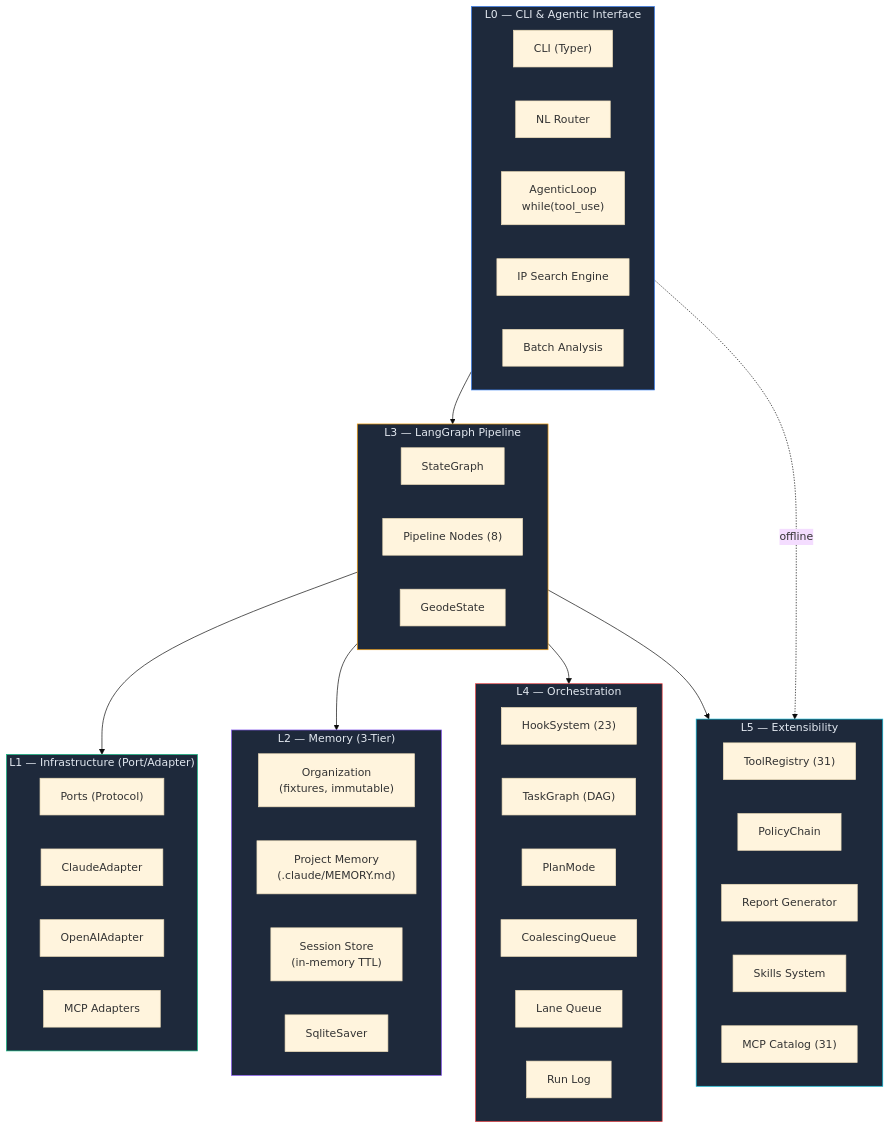
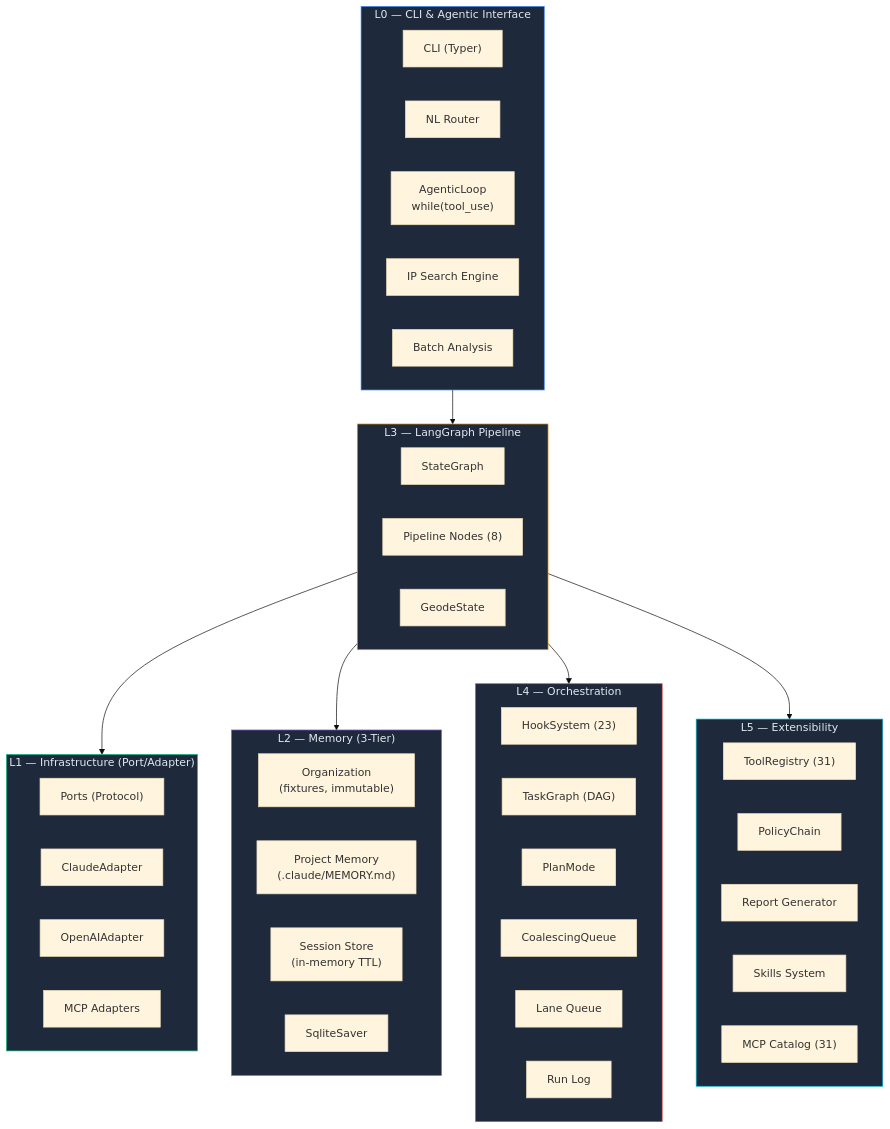
One commit to mangowhoiscloud/geode changed the first of 12 diagrams in README.md. Above: the diagram before and after it, drawn with Mermaid (base theme). The commit also changed other lines of this file and 9 other files, not shown here.

````diff
--- a/README.md
+++ b/README.md
@@ -53,62 +53,60 @@
 ```mermaid
 graph TB
     subgraph L0["L0 — CLI & Agentic Interface"]
         CLI["CLI (Typer)"]
         NLR["NL Router"]
         AL["AgenticLoop<br/>while(tool_use)"]
         Search["IP Search Engine"]
         Batch["Batch Analysis"]
     end
 
     subgraph L1["L1 — Infrastructure (Port/Adapter)"]
         direction LR
         Ports["Ports (Protocol)"]
         Claude["ClaudeAdapter"]
         OpenAI["OpenAIAdapter"]
         MCP["MCP Adapters"]
     end
 
     subgraph L2["L2 — Memory (3-Tier)"]
         Org["Organization<br/>(fixtures, immutable)"]
         Project["Project Memory<br/>(.claude/MEMORY.md)"]
         Session["Session Store<br/>(in-memory TTL)"]
         Checkpoint["SqliteSaver"]
     end
 
     subgraph L3["L3 — LangGraph Pipeline"]
         Graph["StateGraph"]
         Nodes["Pipeline Nodes (8)"]
         State["GeodeState"]
     end
 
     subgraph L4["L4 — Orchestration"]
         Hooks["HookSystem (23)"]
         Tasks["TaskGraph (DAG)"]
         Plan["PlanMode"]
         Coal["CoalescingQueue"]
         Lanes["Lane Queue"]
         RunLog["Run Log"]
     end
 
     subgraph L5["L5 — Extensibility"]
         Tools["ToolRegistry (31)"]
         Policy["PolicyChain"]
         Reports["Report Generator"]
         Skills["Skills System"]
         MCPCat["MCP Catalog (31)"]
     end
 
     L0 --> L3
     L3 --> L1
     L3 --> L2
     L3 --> L4
     L3 --> L5
-    L0 -.->|"offline"| L5
-
     style L0 fill:#1e293b,stroke:#3b82f6,color:#e2e8f0
     style L1 fill:#1e293b,stroke:#10b981,color:#e2e8f0
     style L2 fill:#1e293b,stroke:#8b5cf6,color:#e2e8f0
     style L3 fill:#1e293b,stroke:#f59e0b,color:#e2e8f0
     style L4 fill:#1e293b,stroke:#ef4444,color:#e2e8f0
     style L5 fill:#1e293b,stroke:#06b6d4,color:#e2e8f0
 ```
````
